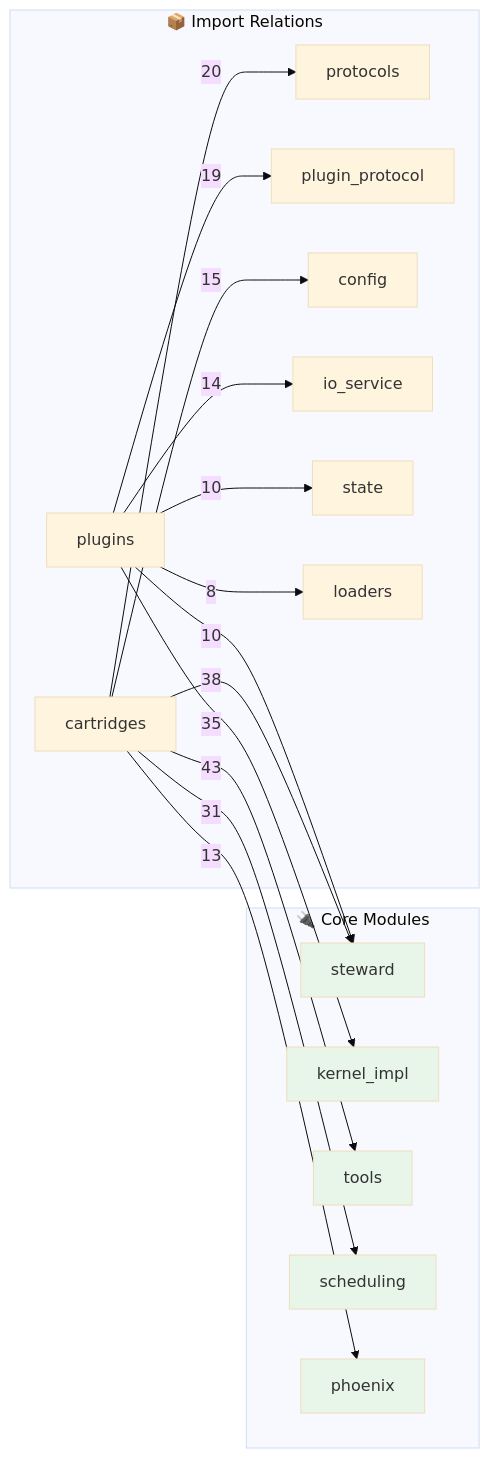
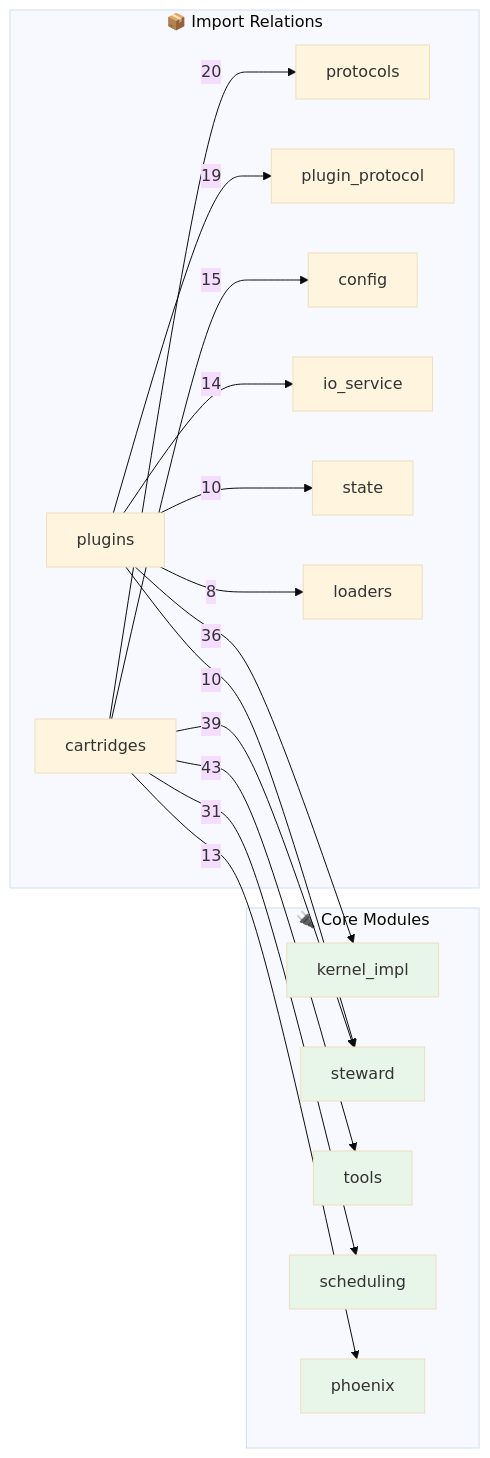
The second of 2 diagrams in OPUS.md (kimeisele/steward-protocol), drawn with Mermaid (base theme) before and after one commit. The commit also changed other lines of this file and 13 other files, not shown here.

````diff
--- a/OPUS.md
+++ b/OPUS.md
@@ -467,31 +472,31 @@
 ```mermaid
 flowchart LR
     subgraph Core["🔌 Core Modules"]
+        kernel_impl[kernel_impl]
         steward[steward]
-        kernel_impl[kernel_impl]
         tools[tools]
         scheduling[scheduling]
         phoenix[phoenix]
     end
 
     subgraph Edges["📦 Import Relations"]
         cartridges -->|43| tools
-        cartridges -->|38| steward
-        plugins -->|35| kernel_impl
+        cartridges -->|39| steward
+        plugins -->|36| kernel_impl
         cartridges -->|31| scheduling
         cartridges -->|20| protocols
         plugins -->|19| plugin_protocol
         cartridges -->|15| config
         plugins -->|14| io_service
         cartridges -->|13| phoenix
         plugins -->|10| state
         plugins -->|10| steward
         plugins -->|8| loaders
     end
 
+    style kernel_impl fill:#e8f5e9
     style steward fill:#e8f5e9
-    style kernel_impl fill:#e8f5e9
     style tools fill:#e8f5e9
     style scheduling fill:#e8f5e9
     style phoenix fill:#e8f5e9
 ```
````
